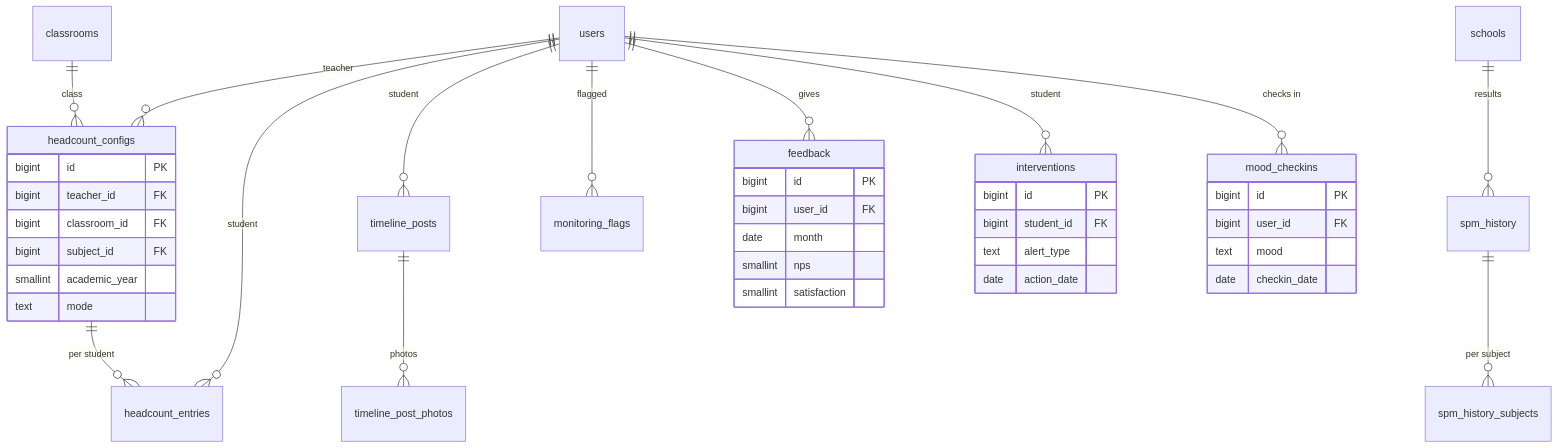
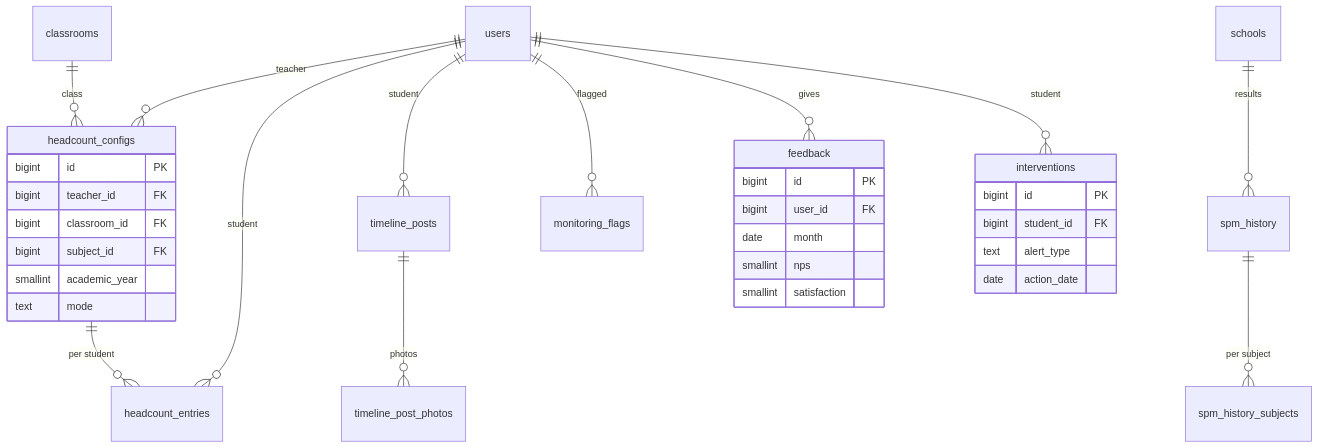
The tenth of 11 diagrams in docs/architecture/v2-data-model.md (amin-kerja-orang/prestasiplus), drawn with Mermaid before and after one commit. The commit also changed other lines of this file, not shown here.

````diff
--- a/docs/architecture/v2-data-model.md
+++ b/docs/architecture/v2-data-model.md
@@ -2447,42 +2483,35 @@
 ```mermaid
 erDiagram
   users ||--o{ headcount_configs : "teacher"
   classrooms ||--o{ headcount_configs : "class"
   headcount_configs ||--o{ headcount_entries : "per student"
   users ||--o{ headcount_entries : "student"
   users ||--o{ timeline_posts : "student"
   timeline_posts ||--o{ timeline_post_photos : "photos"
   users ||--o{ monitoring_flags : "flagged"
   users ||--o{ feedback : "gives"
   users ||--o{ interventions : "student"
-  users ||--o{ mood_checkins : "checks in"
   schools ||--o{ spm_history : "results"
   spm_history ||--o{ spm_history_subjects : "per subject"
   headcount_configs {
     bigint id PK
     bigint teacher_id FK
     bigint classroom_id FK
     bigint subject_id FK
     smallint academic_year
     text mode
   }
   feedback {
     bigint id PK
     bigint user_id FK
     date month
     smallint nps
     smallint satisfaction
   }
   interventions {
     bigint id PK
     bigint student_id FK
     text alert_type
     date action_date
   }
-  mood_checkins {
-    bigint id PK
-    bigint user_id FK
-    text mood
-    date checkin_date
-  }
 ```
````
